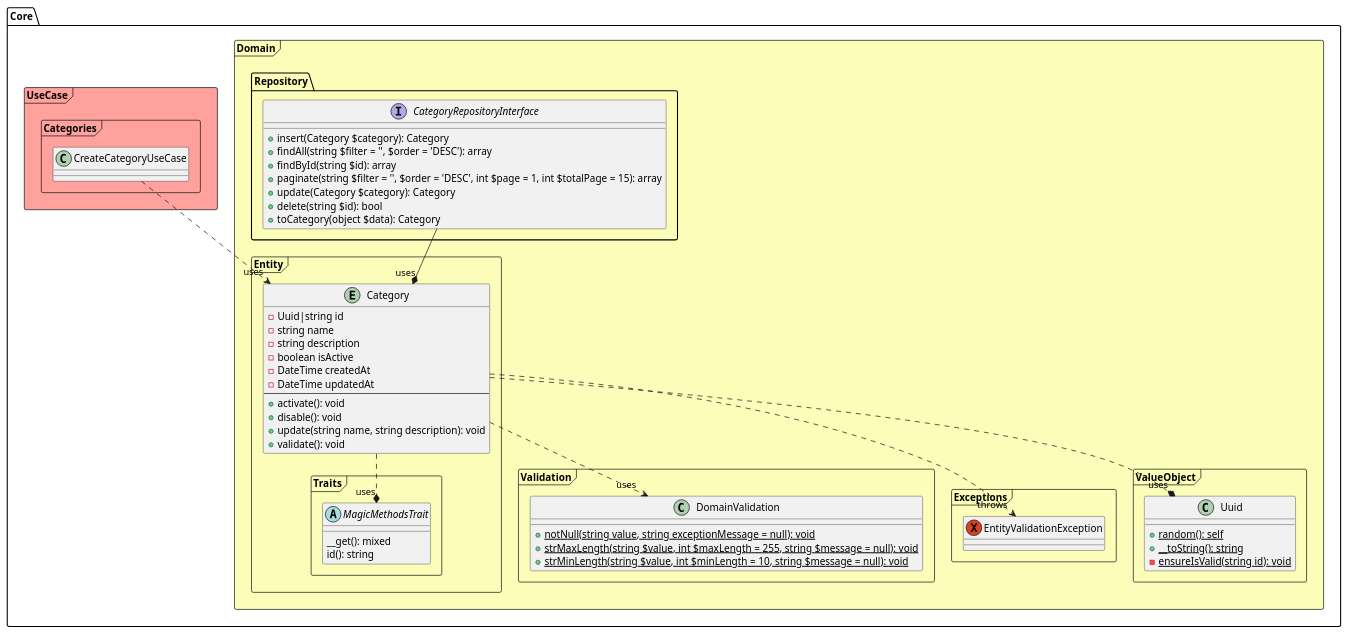
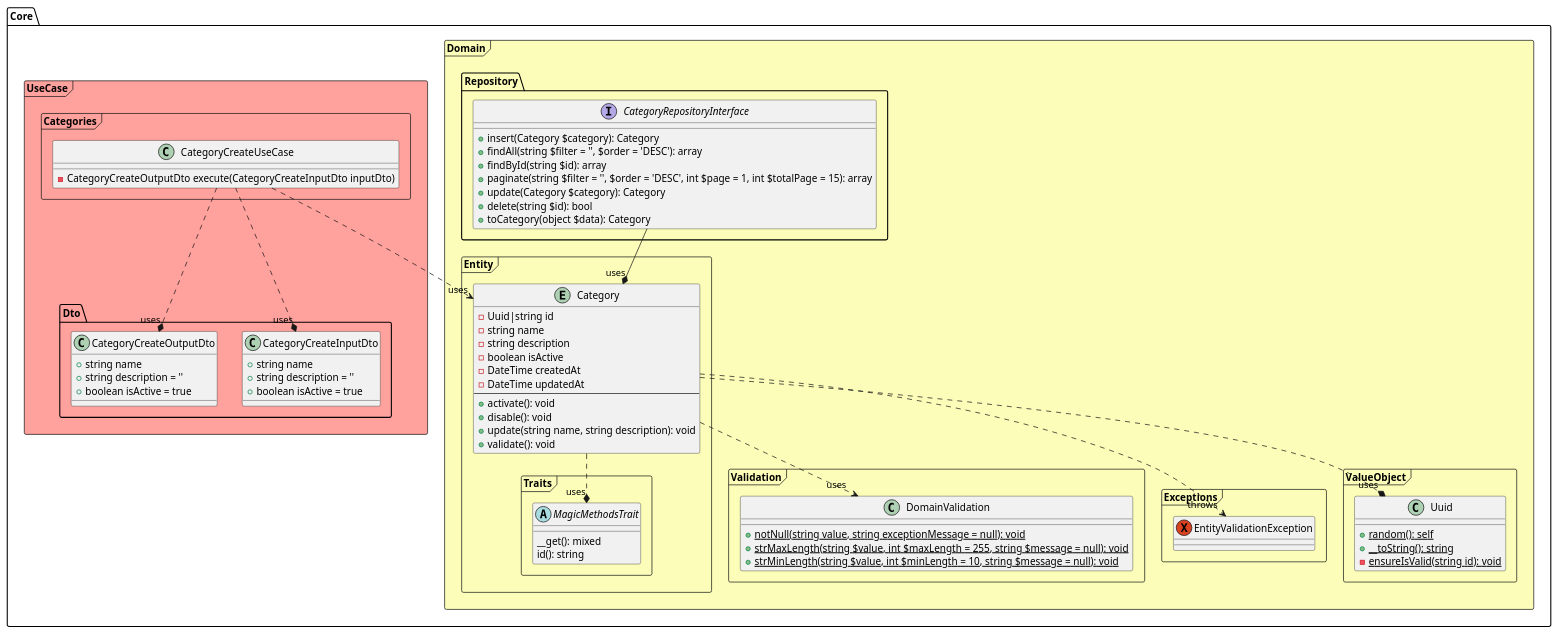
Before and after one commit to TiagOliveiraTI/microservice-video-catalog: the diagram in docs/C4/04-code.puml, drawn with PlantUML. The commit also changed 5 other files, not shown here.

```diff
--- a/docs/C4/04-code.puml
+++ b/docs/C4/04-code.puml
@@ -1,85 +1,101 @@
 @startuml Diagrama de Classe
 
 ' cores amarelo #fbfdb8 , vermelho #ffa19c, verde #a3fcb9, azul #a7d7d7
 package "Core" {
     package "Domain" <<Frame>> #fbfdb8 {
         package "Validation" <<Frame>> {
             class DomainValidation {
                 + {static} notNull(string value, string exceptionMessage = null): void
                 + {static} strMaxLength(string $value, int $maxLength = 255, string $message = null): void
                 + {static} strMinLength(string $value, int $minLength = 10, string $message = null): void
             }
         }
 
         package "Exceptions" <<Frame>> {
             exception EntityValidationException {
 
             }
         }
 
         package "ValueObject" <<Frame>>{
             class Uuid {
                 + {static} random(): self
                 + {static} __toString(): string
                 - {static} ensureIsValid(string id): void
             }
         }
 
         package "Repository" {
             interface CategoryRepositoryInterface {
                 + insert(Category $category): Category
                 + findAll(string $filter = '', $order = 'DESC'): array
                 + findById(string $id): array
                 + paginate(string $filter = '', $order = 'DESC', int $page = 1, int $totalPage = 15): array
                 + update(Category $category): Category
                 + delete(string $id): bool
                 + toCategory(object $data): Category
             }
         }
         
         package "Entity" <<Frame>>{
             ' - private #protected +public ~package private
 
             package "Traits" <<Frame>>{
                 abstract class MagicMethodsTrait {
                     __get(): mixed
                     id(): string
                 }
             }
 
             Entity Category {
                 - Uuid|string id
                 - string name
                 - string description
                 - boolean isActive
                 - DateTime createdAt
                 - DateTime updatedAt
                 ---
                 + activate(): void
                 + disable(): void
                 + update(string name, string description): void
                 + validate(): void
             }
         }
     }
 
     package "UseCase" <<Frame>> #ffa19c {
+        package "Dto" {
+            class CategoryCreateInputDto {
+                + string name
+                + string description = ''
+                + boolean isActive = true
+            }
+
+            class CategoryCreateOutputDto {
+                + string name
+                + string description = ''
+                + boolean isActive = true
+            }
+        }
+    
         package "Categories" <<Frame>> {
-            class CreateCategoryUseCase {
-                 
+            class CategoryCreateUseCase {
+                 - CategoryCreateOutputDto execute(CategoryCreateInputDto inputDto)
             }
         }
     }
 
 }
 
 ' Entity Category
 Category ..* "uses" MagicMethodsTrait
 Category ..> "uses" DomainValidation
 Category ..* "uses" Uuid
 CategoryRepositoryInterface --* "uses" Category
 Category ..> "throws" EntityValidationException
 
-' UseCase CreateCategoryUseCase
-CreateCategoryUseCase ..> "uses" Category
+' UseCase CategoryCreateUseCase
+CategoryCreateUseCase ..> "uses" Category
+CategoryCreateUseCase ..* "uses" CategoryCreateInputDto
+CategoryCreateUseCase ..* "uses" CategoryCreateOutputDto
 @enduml
```
